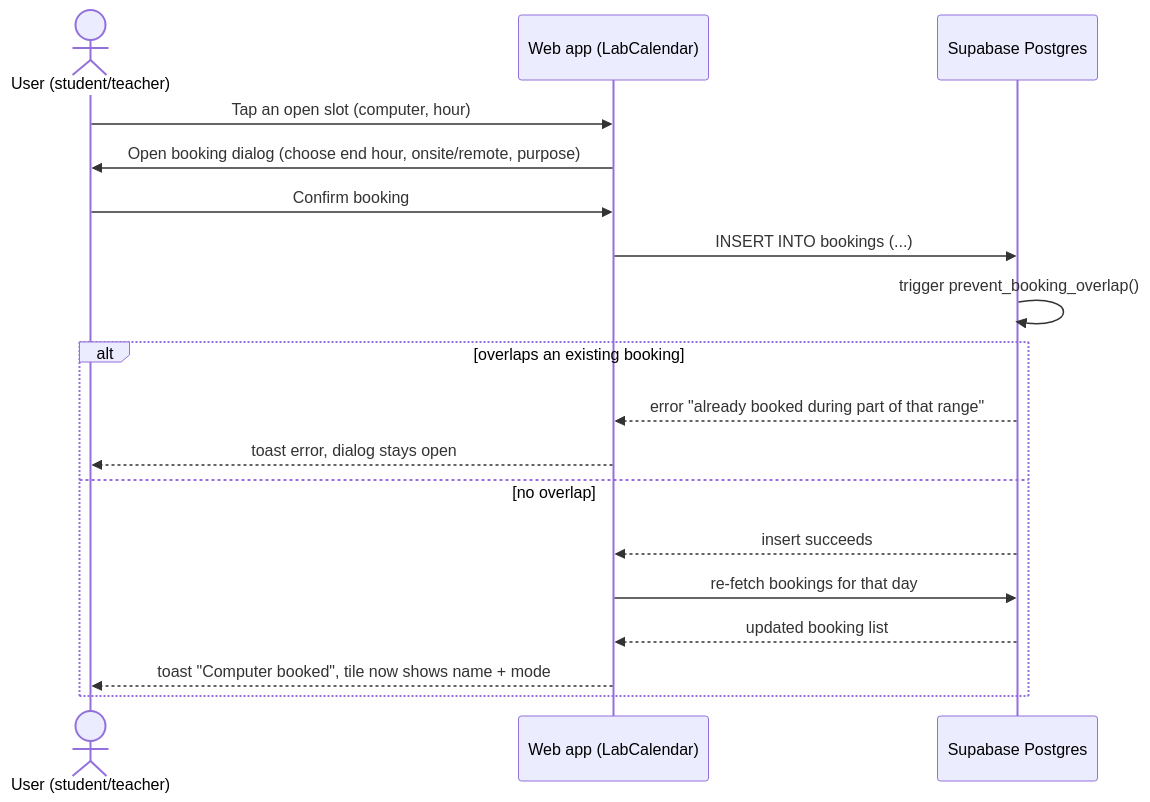
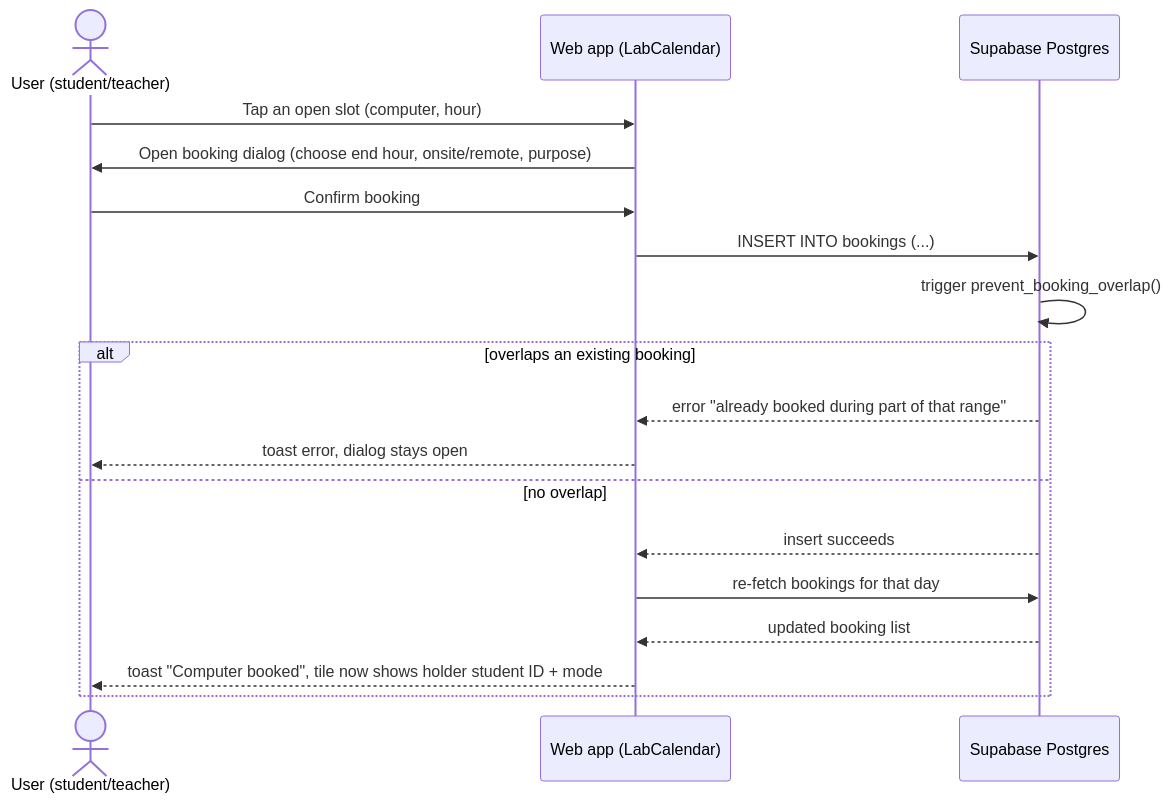
The diagram in .docs/02-design/diagrams/04-sequence-diagram-booking.md (Leng201202/SE-Lab-Booking-System), drawn with Mermaid before and after one commit. The commit also changed 9 other files, not shown here.

````diff
--- a/.docs/02-design/diagrams/04-sequence-diagram-booking.md
+++ b/.docs/02-design/diagrams/04-sequence-diagram-booking.md
@@ -3,21 +3,21 @@
 ```mermaid
 sequenceDiagram
     actor U as User (student/teacher)
     participant W as Web app (LabCalendar)
     participant DB as Supabase Postgres
 
     U->>W: Tap an open slot (computer, hour)
     W->>U: Open booking dialog (choose end hour, onsite/remote, purpose)
     U->>W: Confirm booking
     W->>DB: INSERT INTO bookings (...)
     DB->>DB: trigger prevent_booking_overlap()
     alt overlaps an existing booking
         DB-->>W: error "already booked during part of that range"
         W-->>U: toast error, dialog stays open
     else no overlap
         DB-->>W: insert succeeds
         W->>DB: re-fetch bookings for that day
         DB-->>W: updated booking list
-        W-->>U: toast "Computer booked", tile now shows name + mode
+        W-->>U: toast "Computer booked", tile now shows holder student ID + mode
     end
 ```
````
